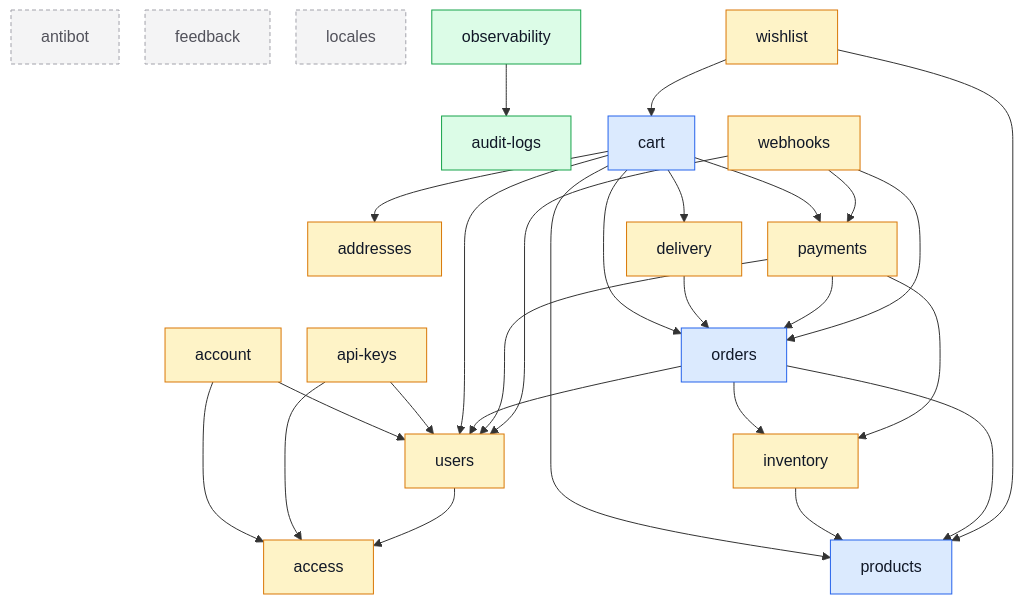
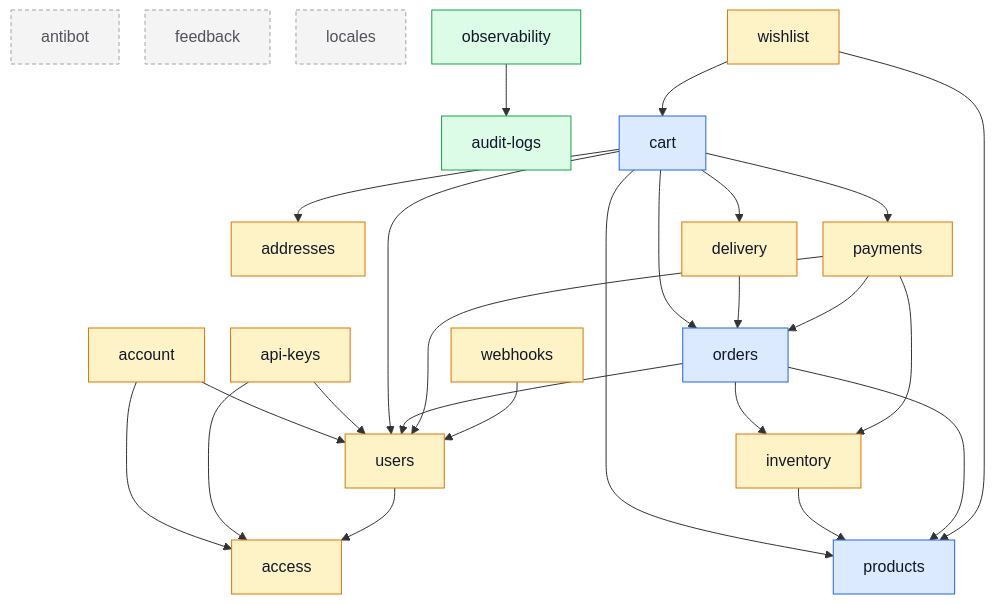
One commit to Guebbit/boilerplate-node-backend changed the diagram in docs/modules/index.md. Above: the diagram before and after it, drawn with Mermaid. The commit also changed other lines of this file and 4 other files, not shown here.

````diff
--- a/docs/modules/index.md
+++ b/docs/modules/index.md
@@ -40,57 +40,55 @@
 ```mermaid
 %%{init: {'flowchart': {'nodeSpacing': 26, 'rankSpacing': 52}}}%%
 flowchart TD
     access
     account
     addresses
     antibot
     api_keys["api-keys"]
     audit_logs["audit-logs"]
     cart
     delivery
     feedback
     inventory
     locales
     observability
     orders
     payments
     products
     users
     webhooks
     wishlist
 
     account --> access
     account --> users
     api_keys --> access
     api_keys --> users
     cart --> addresses
     cart --> delivery
     cart --> orders
     cart --> payments
     cart --> products
     cart --> users
     delivery --> orders
     inventory --> products
     observability --> audit_logs
     orders --> inventory
     orders --> products
     orders --> users
     payments --> inventory
     payments --> orders
     payments --> users
     users --> access
-    webhooks --> orders
-    webhooks --> payments
     webhooks --> users
     wishlist --> cart
     wishlist --> products
 
     classDef core fill:#dbeafe,stroke:#2563eb,color:#111827;
     classDef supporting fill:#fef3c7,stroke:#d97706,color:#111827;
     classDef generic fill:#dcfce7,stroke:#16a34a,color:#111827;
     classDef isolated fill:#f4f4f5,stroke:#a1a1aa,color:#52525b,stroke-dasharray:4 3;
     class cart,orders,products core;
     class access,account,addresses,api_keys,delivery,inventory,payments,users,webhooks,wishlist supporting;
     class audit_logs,observability generic;
     class antibot,feedback,locales isolated;
 ```
````
